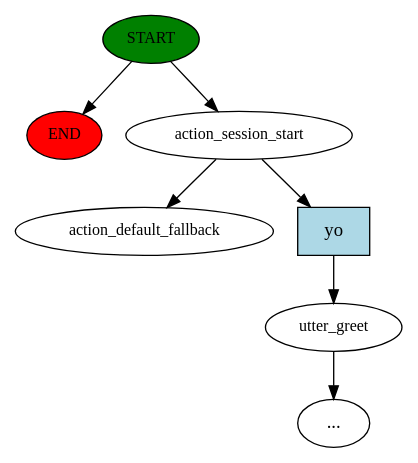
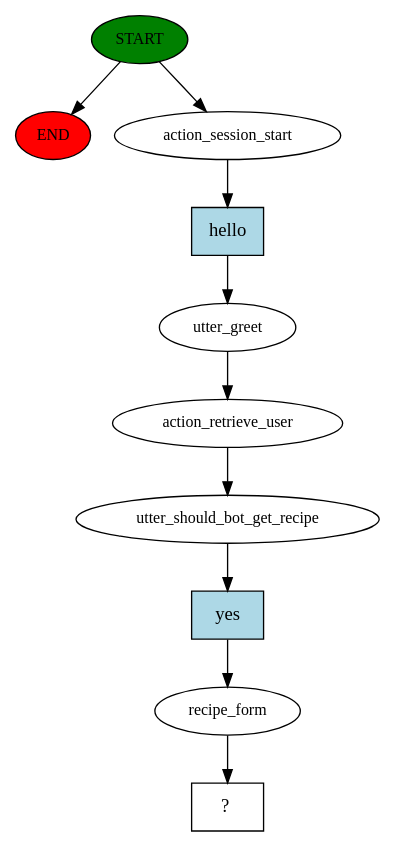
The diagram in bot/story_graph.dot (erees1/chefbot), drawn with Graphviz before and after one commit. The commit also changed 46 other files, not shown here.

```diff
--- a/bot/story_graph.dot
+++ b/bot/story_graph.dot
@@ -1,15 +1,21 @@
 digraph  {
 0 [class="start active", fillcolor=green, fontsize=12, label=START, style=filled];
 "-1" [class=end, fillcolor=red, fontsize=12, label=END, style=filled];
 1 [class=active, fontsize=12, label=action_session_start];
-2 [class="", fontsize=12, label=utter_greet];
-"-3" [class=ellipsis, label="..."];
-4 [class="dashed active", fontsize=12, label=action_default_fallback];
-5 [class=intent, fillcolor=lightblue, label=yo, shape=rect, style=filled];
+2 [class=active, fontsize=12, label=utter_greet];
+3 [class=active, fontsize=12, label=action_retrieve_user];
+4 [class=active, fontsize=12, label=utter_should_bot_get_recipe];
+5 [class=active, fontsize=12, label=recipe_form];
+6 [class="intent dashed active", label="  ?  ", shape=rect];
+7 [class="intent active", fillcolor=lightblue, label=hello, shape=rect, style=filled];
+8 [class="intent active", fillcolor=lightblue, label=yes, shape=rect, style=filled];
 0 -> "-1"  [class="", key=NONE, label=""];
 0 -> 1  [class=active, key=NONE, label=""];
-1 -> 4  [class=active, key=NONE, label=""];
-1 -> 5  [class="", key=0];
-2 -> "-3"  [class="", key=NONE, label=""];
-5 -> 2  [class="", key=0];
+1 -> 7  [class=active, key=0];
+2 -> 3  [class=active, key=NONE, label=""];
+3 -> 4  [class=active, key=NONE, label=""];
+4 -> 8  [class=active, key=0];
+5 -> 6  [class=active, key=NONE, label=""];
+7 -> 2  [class=active, key=0];
+8 -> 5  [class=active, key=0];
 }
```
